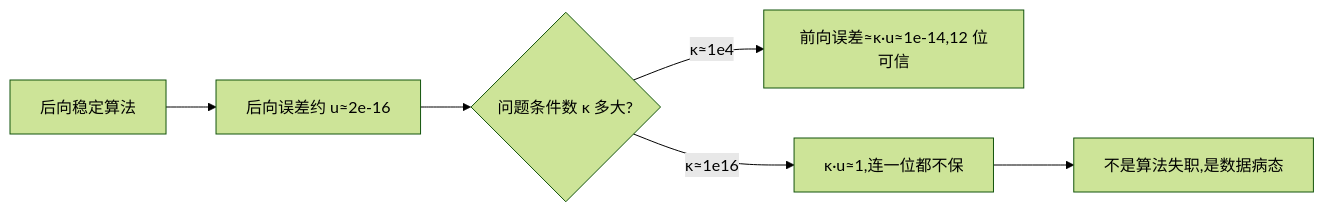
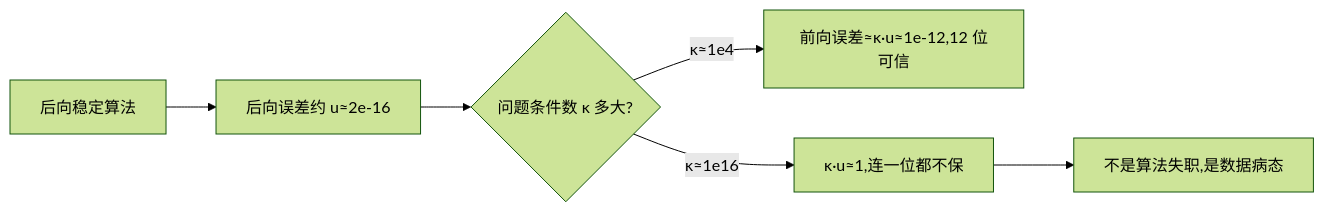
One commit to xhongduo-tech/xhongduo-tech.github.io changed the second of 2 diagrams in docs/cs/forward-backward-stability.md. Above: the diagram before and after it, drawn with Mermaid (forest theme). The commit also changed 5 other files, not shown here.

````diff
--- a/docs/cs/forward-backward-stability.md
+++ b/docs/cs/forward-backward-stability.md
@@ -60,8 +60,8 @@
 ```mermaid
 flowchart LR
   ALG["后向稳定算法"] --> BE["后向误差约 u≈2e-16"]
   BE --> Q{"问题条件数 κ 多大?"}
-  Q -- "κ≈1e4" --> OK["前向误差≈κ·u≈1e-14,12 位可信"]
+  Q -- "κ≈1e4" --> OK["前向误差≈κ·u≈1e-12,12 位可信"]
   Q -- "κ≈1e16" --> BAD["κ·u≈1,连一位都不保"]
   BAD --> VER["不是算法失职,是数据病态"]
 ```
````
